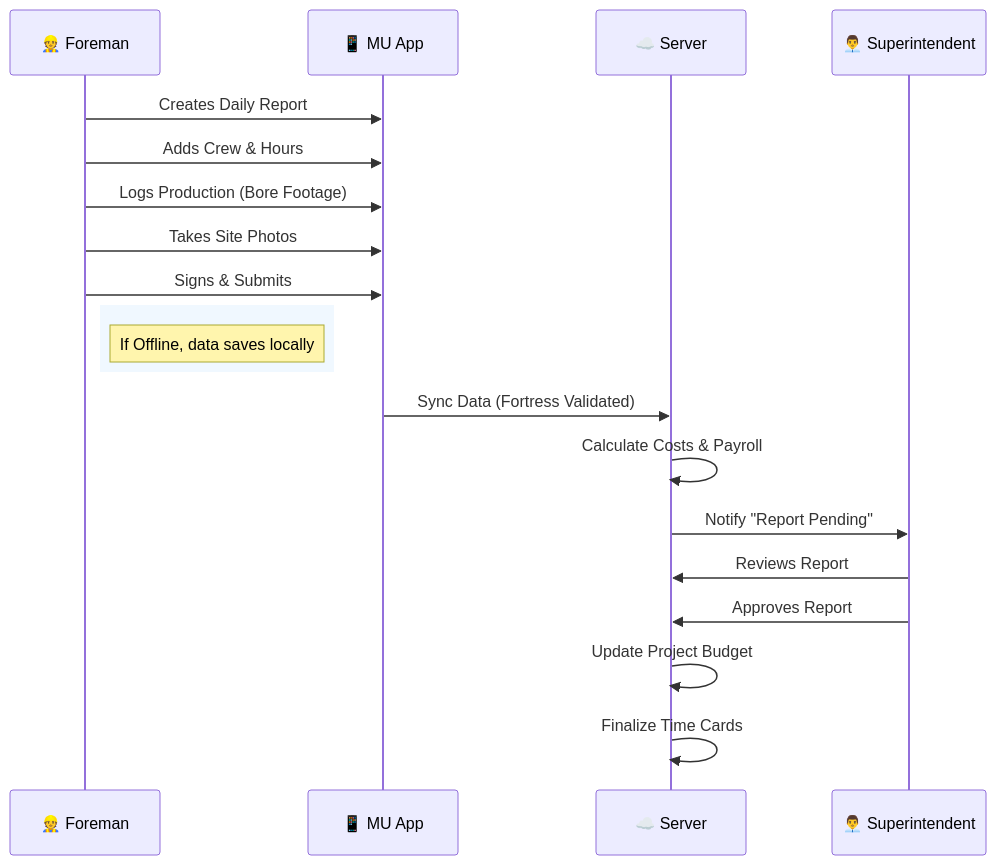
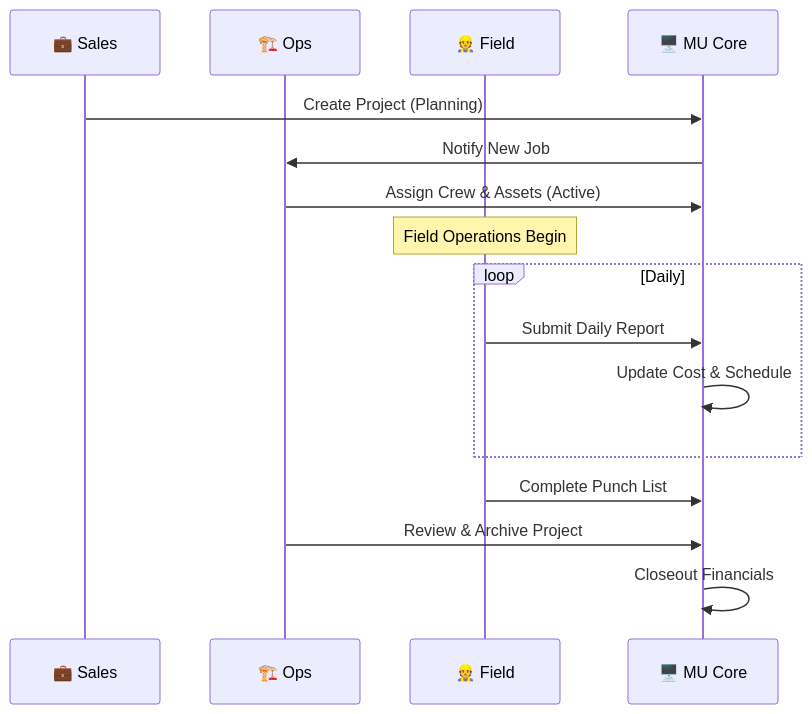
One commit to nice-and-precise/MU changed the third of 3 diagrams in README.md. Above: the diagram before and after it, drawn with Mermaid. The commit also changed other lines of this file and 21 other files, not shown here.

````diff
--- a/README.md
+++ b/README.md
@@ -118,27 +106,22 @@
 ```mermaid
 sequenceDiagram
-    participant Foreman as 👷 Foreman
-    participant App as 📱 MU App
-    participant Cloud as ☁️ Server
-    participant Super as 👨‍💼 Superintendent
+    participant Sales as 💼 Sales
+    participant Ops as 🏗️ Ops
+    participant Field as 👷 Field
+    participant System as 🖥️ MU Core
 
-    Foreman->>App: Creates Daily Report
-    Foreman->>App: Adds Crew & Hours
-    Foreman->>App: Logs Production (Bore Footage)
-    Foreman->>App: Takes Site Photos
-    Foreman->>App: Signs & Submits
+    Sales->>System: Create Project (Planning)
+    System->>Ops: Notify New Job
+    Ops->>System: Assign Crew & Assets (Active)
     
-    rect rgb(240, 248, 255)
-        Note right of Foreman: If Offline, data saves locally
+    Note over Field: Field Operations Begin
+    
+    loop Daily
+        Field->>System: Submit Daily Report
+        System->>System: Update Cost & Schedule
     end
     
-    App->>Cloud: Sync Data (Fortress Validated)
-    Cloud->>Cloud: Calculate Costs & Payroll
-    Cloud->>Super: Notify "Report Pending"
-    
-    Super->>Cloud: Reviews Report
-    Super->>Cloud: Approves Report
-    
-    Cloud->>Cloud: Update Project Budget
-    Cloud->>Cloud: Finalize Time Cards
+    Field->>System: Complete Punch List
+    Ops->>System: Review & Archive Project
+    System->>System: Closeout Financials
 ```
````
